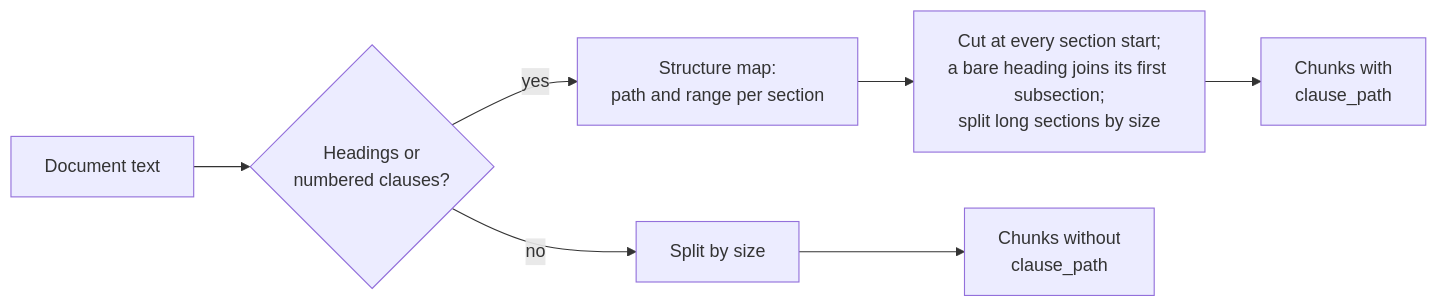
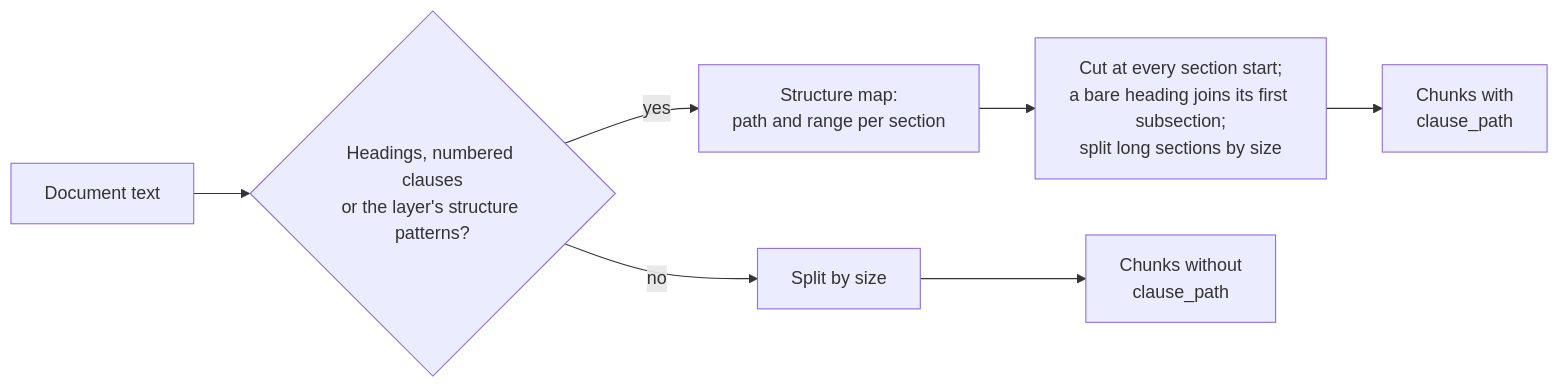
One commit to boudou/StrataKB changed the fifth of 14 diagrams in README.md. Above: the diagram before and after it, drawn with Mermaid. The commit also changed other lines of this file and 18 other files, not shown here.

````diff
--- a/README.md
+++ b/README.md
@@ -155,6 +155,6 @@
 ```mermaid
 flowchart LR
-    t["Document text"] --> d{"Headings or<br/>numbered clauses?"}
+    t["Document text"] --> d{"Headings, numbered clauses<br/>or the layer's structure patterns?"}
     d -->|"yes"| m["Structure map:<br/>path and range per section"] --> s["Cut at every section start;<br/>a bare heading joins its first subsection;<br/>split long sections by size"] --> c["Chunks with<br/>clause_path"]
     d -->|"no"| z["Split by size"] --> c2["Chunks without<br/>clause_path"]
 ```
````
